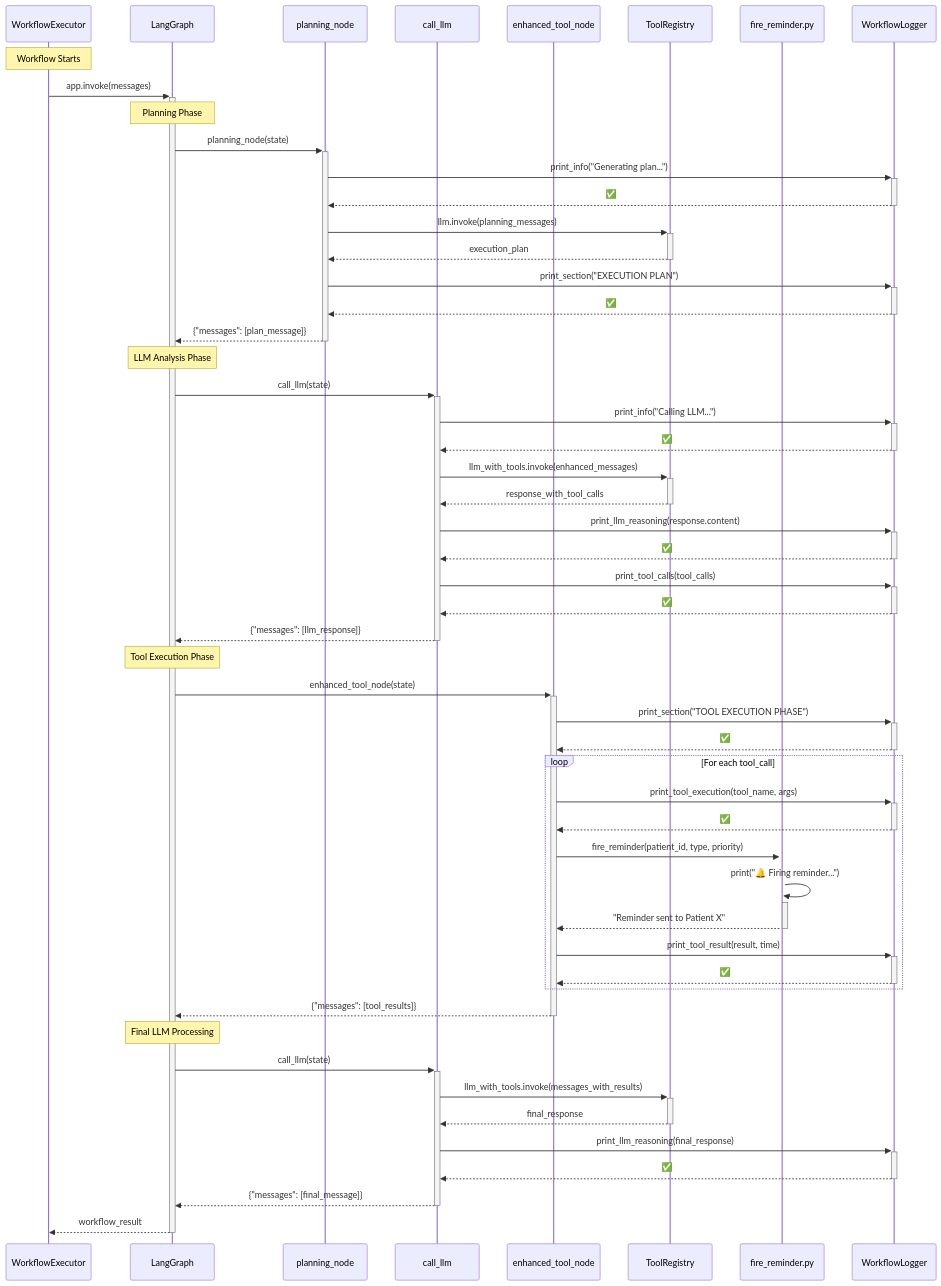
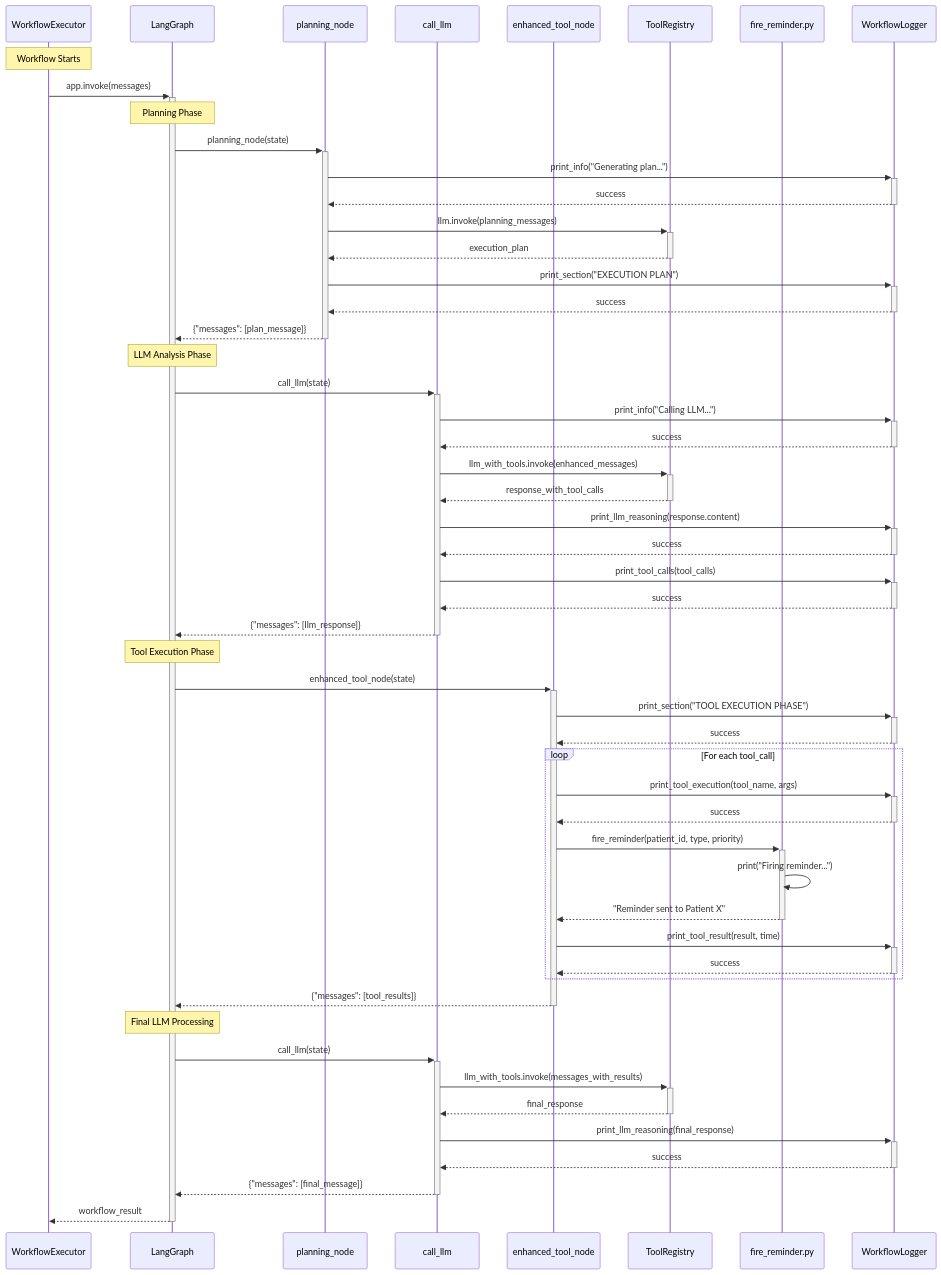
One commit to priyankmundragmail/clinical-outreach-agent changed the diagram in docs/sequence-diagrams/02-workflow-execution.md. Above: the diagram before and after it, drawn with Mermaid. The commit also changed 3 other files, not shown here.

Commit message:
fixed mermaid issues

````diff
--- a/docs/sequence-diagrams/02-workflow-execution.md
+++ b/docs/sequence-diagrams/02-workflow-execution.md
@@ -5,63 +5,63 @@
 ```mermaid
 sequenceDiagram
     participant Executor as WorkflowExecutor
     participant Graph as LangGraph
     participant Planning as planning_node
     participant LLM as call_llm
     participant Tools as enhanced_tool_node
     participant ToolRegistry as ToolRegistry
     participant FireReminder as fire_reminder.py
     participant Logger as WorkflowLogger
 
     Note over Executor: Workflow Starts
     Executor->>+Graph: app.invoke(messages)
     
     Note over Graph: Planning Phase
     Graph->>+Planning: planning_node(state)
     Planning->>+Logger: print_info("Generating plan...")
-    Logger-->>-Planning: ✅
+    Logger-->>-Planning: success
     Planning->>+ToolRegistry: llm.invoke(planning_messages)
     ToolRegistry-->>-Planning: execution_plan
     Planning->>+Logger: print_section("EXECUTION PLAN")
-    Logger-->>-Planning: ✅
+    Logger-->>-Planning: success
     Planning-->>-Graph: {"messages": [plan_message]}
     
     Note over Graph: LLM Analysis Phase
     Graph->>+LLM: call_llm(state)
     LLM->>+Logger: print_info("Calling LLM...")
-    Logger-->>-LLM: ✅
+    Logger-->>-LLM: success
     LLM->>+ToolRegistry: llm_with_tools.invoke(enhanced_messages)
     ToolRegistry-->>-LLM: response_with_tool_calls
     LLM->>+Logger: print_llm_reasoning(response.content)
-    Logger-->>-LLM: ✅
+    Logger-->>-LLM: success
     LLM->>+Logger: print_tool_calls(tool_calls)
-    Logger-->>-LLM: ✅
+    Logger-->>-LLM: success
     LLM-->>-Graph: {"messages": [llm_response]}
     
     Note over Graph: Tool Execution Phase
     Graph->>+Tools: enhanced_tool_node(state)
     Tools->>+Logger: print_section("TOOL EXECUTION PHASE")
-    Logger-->>-Tools: ✅
+    Logger-->>-Tools: success
     
     loop For each tool_call
         Tools->>+Logger: print_tool_execution(tool_name, args)
-        Logger-->>-Tools: ✅
+        Logger-->>-Tools: success
         Tools->>+FireReminder: fire_reminder(patient_id, type, priority)
-        FireReminder->>+FireReminder: print("🔔 Firing reminder...")
+        FireReminder->>FireReminder: print("Firing reminder...")
         FireReminder-->>-Tools: "Reminder sent to Patient X"
         Tools->>+Logger: print_tool_result(result, time)
-        Logger-->>-Tools: ✅
+        Logger-->>-Tools: success
     end
     
     Tools-->>-Graph: {"messages": [tool_results]}
     
     Note over Graph: Final LLM Processing
     Graph->>+LLM: call_llm(state)
     LLM->>+ToolRegistry: llm_with_tools.invoke(messages_with_results)
     ToolRegistry-->>-LLM: final_response
     LLM->>+Logger: print_llm_reasoning(final_response)
-    Logger-->>-LLM: ✅
+    Logger-->>-LLM: success
     LLM-->>-Graph: {"messages": [final_message]}
     
     Graph-->>-Executor: workflow_result
 ```
````
